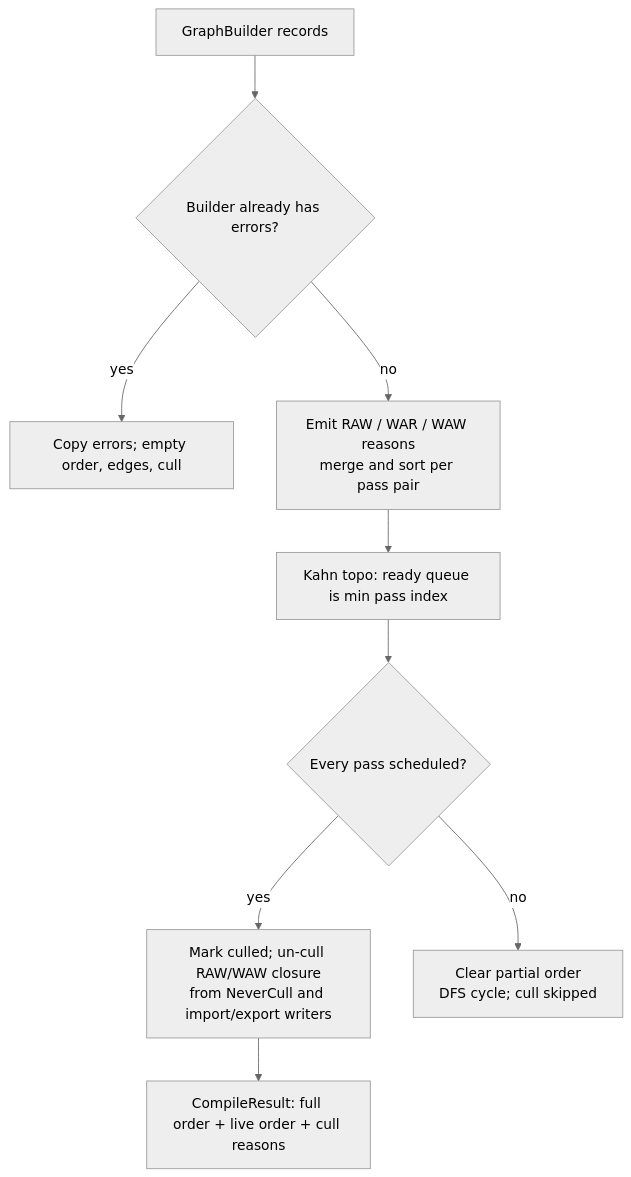
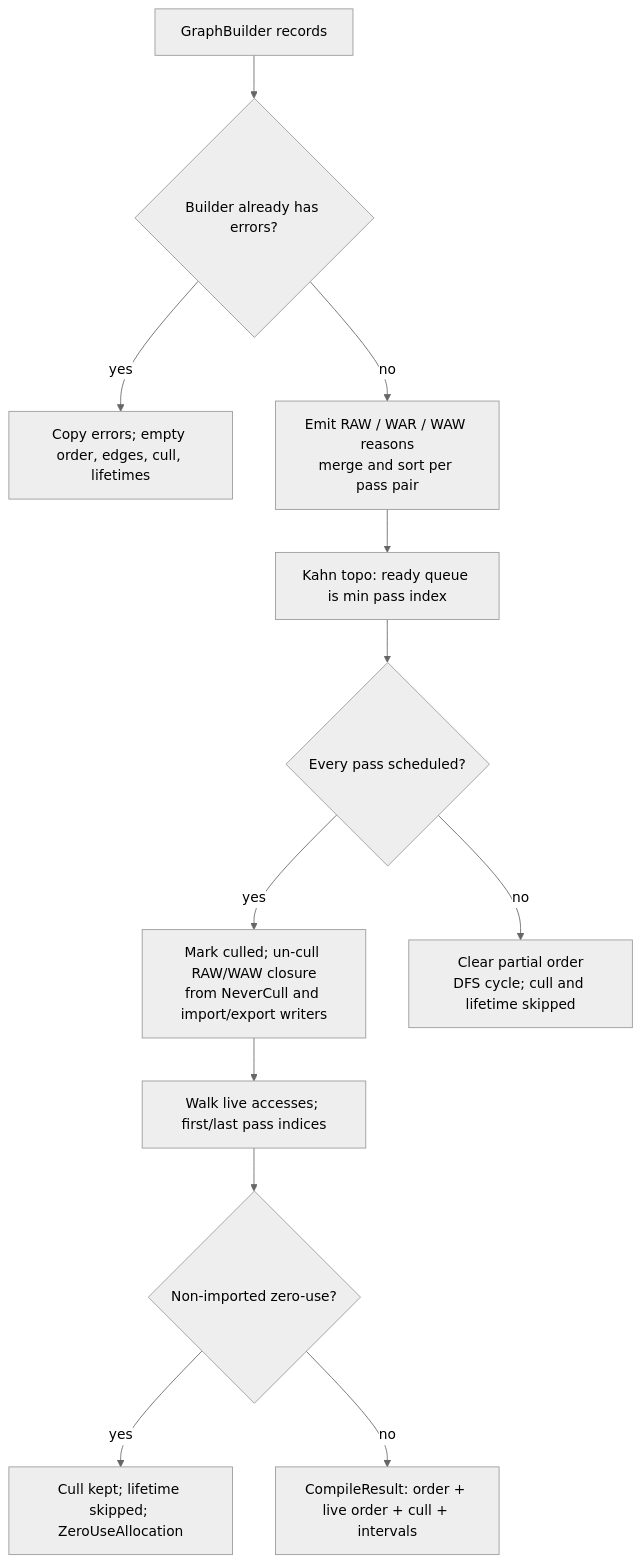
The eighth of 8 diagrams in docs/rdg-dataflow.md (wenjian-zhou/RenderLab), drawn with Mermaid (neutral theme) before and after one commit. The commit also changed other lines of this file and 13 other files, not shown here.

````diff
--- a/docs/rdg-dataflow.md
+++ b/docs/rdg-dataflow.md
@@ -393,21 +395,27 @@
 ```mermaid
 flowchart TB
     GB["GraphBuilder records"]
     ERR{"Builder already has errors?"}
-    COPY["Copy errors; empty order, edges, cull"]
+    COPY["Copy errors; empty order, edges, cull, lifetimes"]
     EDGES["Emit RAW / WAR / WAW reasons<br/>merge and sort per pass pair"]
     KAHN["Kahn topo: ready queue is min pass index"]
     ALL{"Every pass scheduled?"}
     CULL["Mark culled; un-cull RAW/WAW closure<br/>from NeverCull and import/export writers"]
-    OK["CompileResult: full order + live order + cull reasons"]
-    CYCLE["Clear partial order<br/>DFS cycle; cull skipped"]
+    LIFE["Walk live accesses; first/last pass indices"]
+    ZERO{"Non-imported zero-use?"}
+    FAIL["Cull kept; lifetime skipped; ZeroUseAllocation"]
+    OK["CompileResult: order + live order + cull + intervals"]
+    CYCLE["Clear partial order<br/>DFS cycle; cull and lifetime skipped"]
 
     GB --> ERR
     ERR -->|"yes"| COPY
     ERR -->|"no"| EDGES
     EDGES --> KAHN
     KAHN --> ALL
     ALL -->|"yes"| CULL
-    CULL --> OK
+    CULL --> LIFE
+    LIFE --> ZERO
+    ZERO -->|"yes"| FAIL
+    ZERO -->|"no"| OK
     ALL -->|"no"| CYCLE
 ```
````
